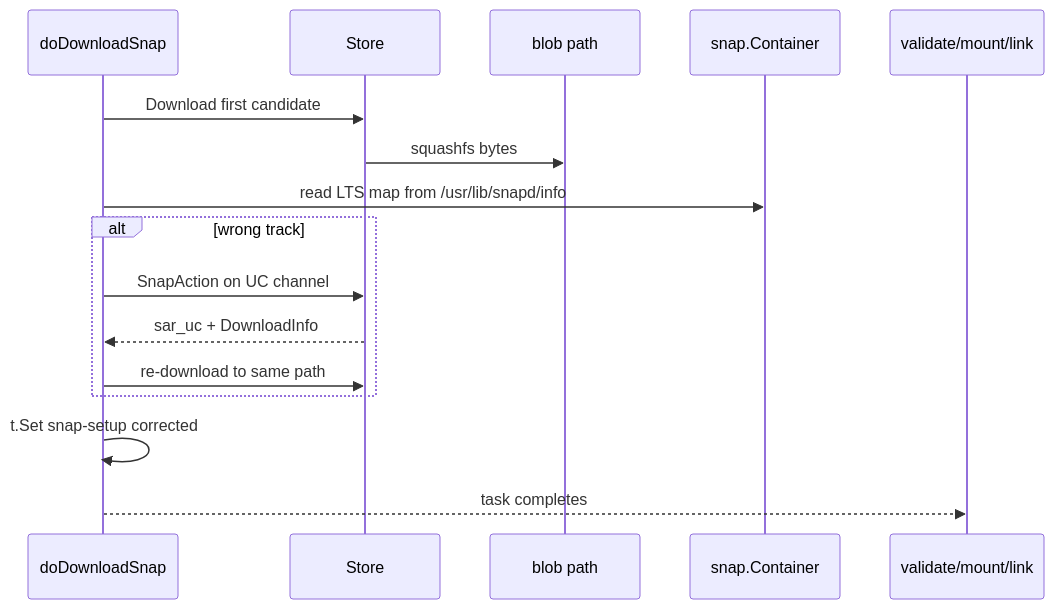
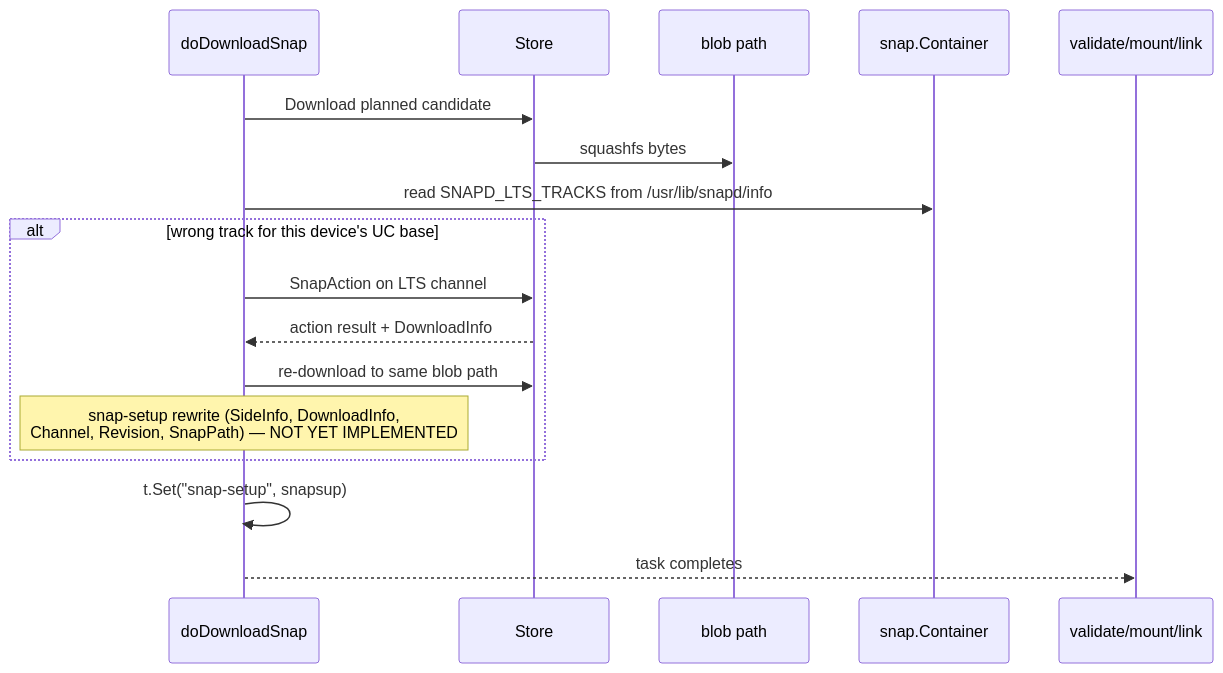
Before and after one commit to canonical/snapd: the diagram in FOCUS.md, drawn with Mermaid. The commit also changed other lines of this file and 5 other files, not shown here.

Commit message:
add build time trackMap generation

````diff
--- a/FOCUS.md
+++ b/FOCUS.md
@@ -46,19 +57,20 @@
 ```mermaid
 sequenceDiagram
     participant DL as doDownloadSnap
     participant Store
     participant Blob as blob path
     participant Squashfs as snap.Container
     participant Downstream as validate/mount/link
 
-    DL->>Store: Download first candidate
+    DL->>Store: Download planned candidate
     Store->>Blob: squashfs bytes
-    DL->>Squashfs: read LTS map from /usr/lib/snapd/info
-    alt wrong track
-        DL->>Store: SnapAction on UC channel
-        Store-->>DL: sar_uc + DownloadInfo
-        DL->>Store: re-download to same path
+    DL->>Squashfs: read SNAPD_LTS_TRACKS from /usr/lib/snapd/info
+    alt wrong track for this device's UC base
+        DL->>Store: SnapAction on LTS channel
+        Store-->>DL: action result + DownloadInfo
+        DL->>Store: re-download to same blob path
+        Note over DL: snap-setup rewrite (SideInfo, DownloadInfo,<br/>Channel, Revision, SnapPath) — NOT YET IMPLEMENTED
     end
-    DL->>DL: t.Set snap-setup corrected
+    DL->>DL: t.Set("snap-setup", snapsup)
     DL-->>Downstream: task completes
 ```
````
